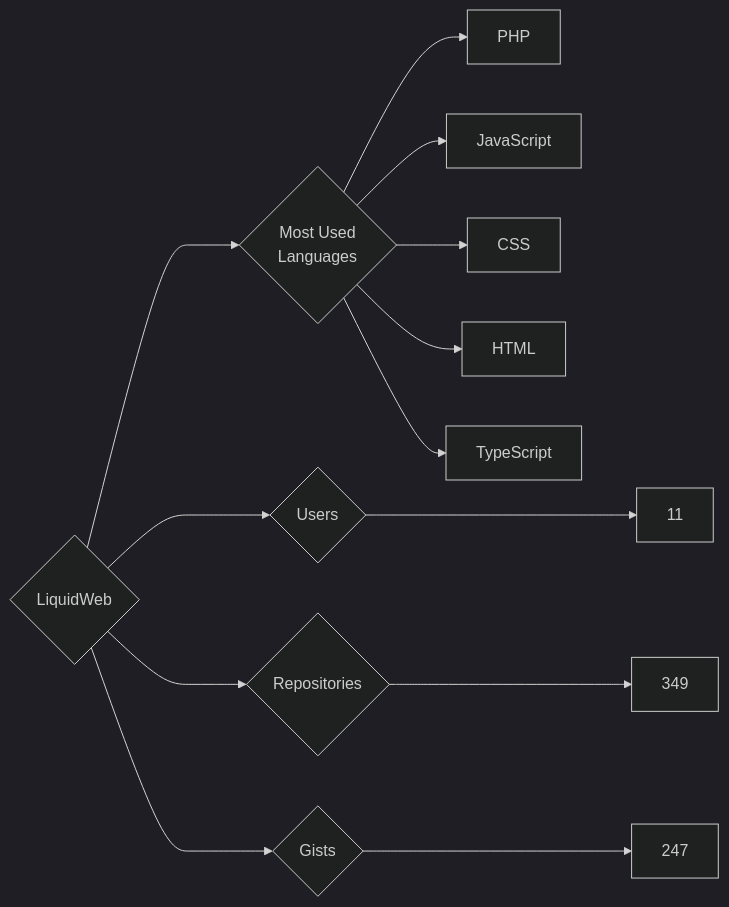
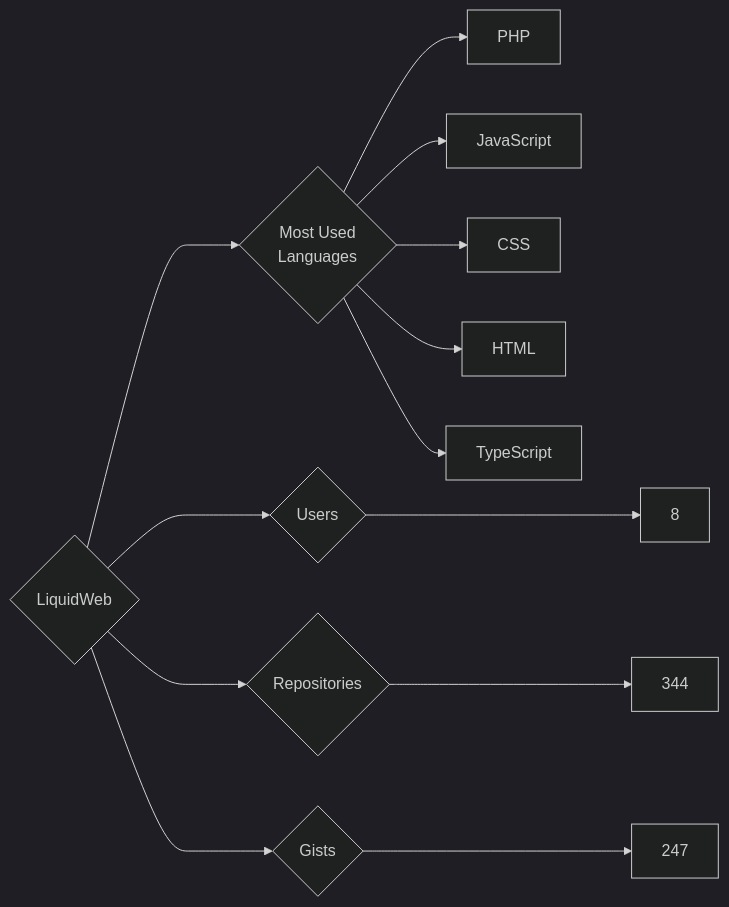
One commit to trickest/insiders changed the diagram in targets/LiquidWeb/README.md. Above: the diagram before and after it, drawn with Mermaid (dark theme). The commit also changed 895 other files, not shown here.

````diff
--- a/targets/LiquidWeb/README.md
+++ b/targets/LiquidWeb/README.md
@@ -3,13 +3,13 @@
 ```mermaid
 graph LR
 COMPANY_NAME{LiquidWeb}
-COMPANY_NAME ---> U{Users} ---> UN[11]
-COMPANY_NAME ---> R{Repositories} ---> RN[349]
+COMPANY_NAME ---> U{Users} ---> UN[8]
+COMPANY_NAME ---> R{Repositories} ---> RN[344]
 COMPANY_NAME ---> G{Gists} ---> GN[247]
 COMPANY_NAME ---> ML{Most Used<br>Languages}
 ML --> PHP[PHP]
 ML --> JavaScript[JavaScript]
 ML --> CSS[CSS]
 ML --> HTML[HTML]
 ML --> TypeScript[TypeScript]
 ```
````
